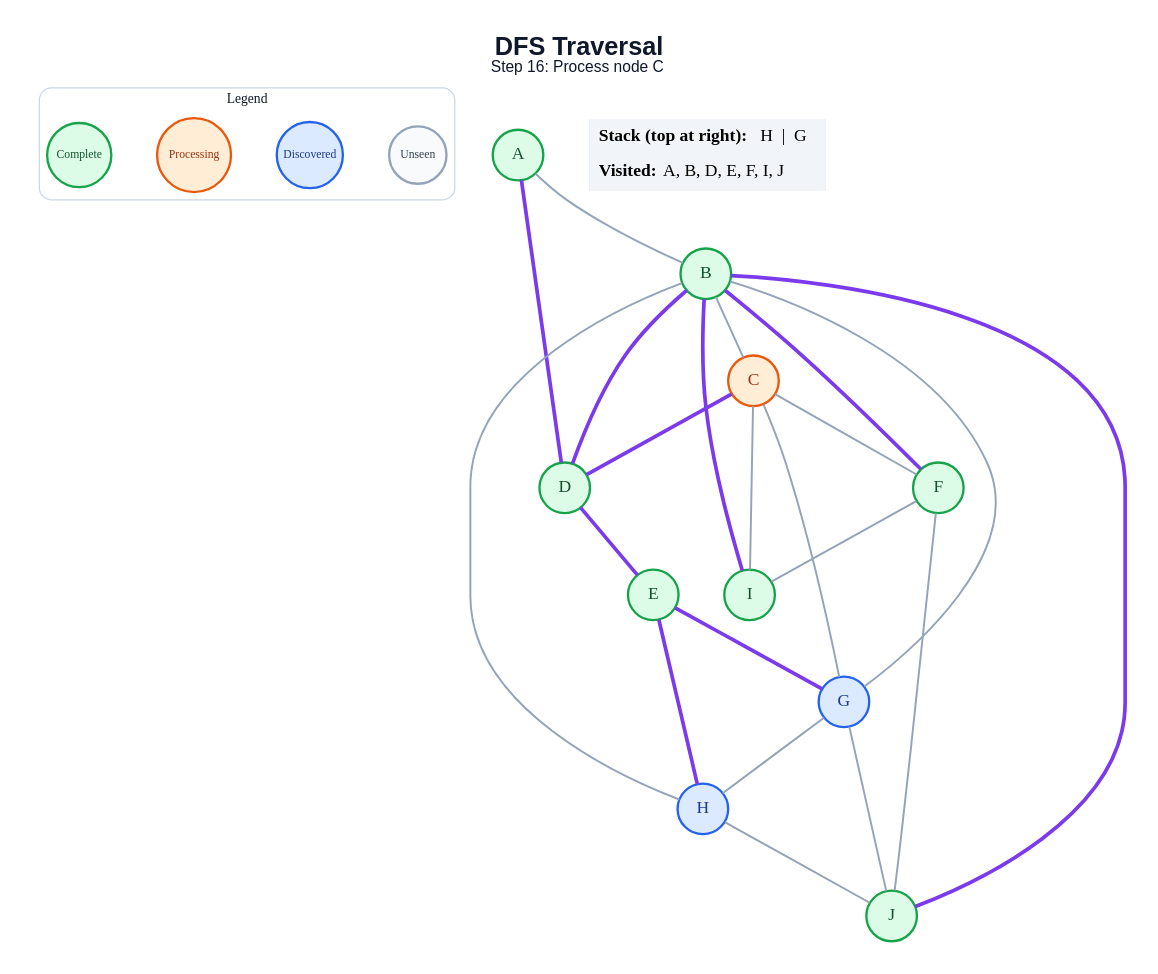
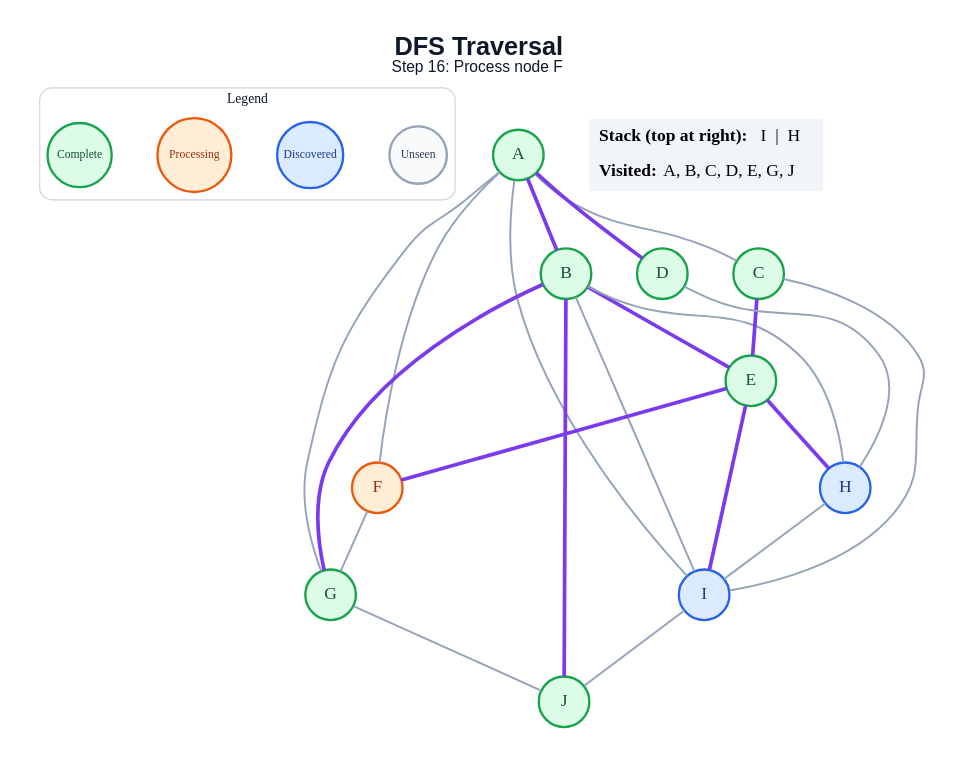
One commit to amanghodawala9/ai-slop changed the diagram in generated/specific-node/dfs/step_16.dot. Above: the diagram before and after it, drawn with Graphviz. The commit also changed 178 other files, not shown here.

```diff
--- a/generated/specific-node/dfs/step_16.dot
+++ b/generated/specific-node/dfs/step_16.dot
@@ -1,50 +1,50 @@
 graph traversal {
   graph [layout=dot, rankdir=TB, bgcolor="#FFFFFF", pad="0.35", nodesep="0.65", ranksep="0.8", fontname="Arial"];
   node [shape=circle, style="filled", fontname="Arial Bold", fontsize=18, width=0.72, fixedsize=true, penwidth=2.4];
   edge [color="#94A3B8", penwidth=2.0];
-  label=<<B>DFS Traversal</B><BR/><FONT POINT-SIZE="16">Step 16: Process node C</FONT>>; labelloc="t"; fontsize=26; fontname="Arial"; fontcolor="#0F172A";
+  label=<<B>DFS Traversal</B><BR/><FONT POINT-SIZE="16">Step 16: Process node F</FONT>>; labelloc="t"; fontsize=26; fontname="Arial"; fontcolor="#0F172A";
   subgraph cluster_legend { label="Legend"; color="#CBD5E1"; penwidth=1.2; style="rounded"; fontsize=14; fontname="Arial Bold";
     key_unseen [label="Unseen", fillcolor="#F8FAFC", color="#94A3B8", fontcolor="#334155", fontsize=12, width=0.82];
     key_frontier [label="Discovered", fillcolor="#DBEAFE", color="#2563EB", fontcolor="#1E3A8A", fontsize=12, width=0.95];
     key_current [label="Processing", fillcolor="#FFEDD5", color="#EA580C", fontcolor="#9A3412", fontsize=12, width=1.05];
     key_done [label="Complete", fillcolor="#DCFCE7", color="#16A34A", fontcolor="#14532D", fontsize=12, width=0.92];
     { rank=same; key_unseen; key_frontier; key_current; key_done; }
   }
   A [fillcolor="#DCFCE7", color="#16A34A", fontcolor="#14532D"];
   B [fillcolor="#DCFCE7", color="#16A34A", fontcolor="#14532D"];
-  C [fillcolor="#FFEDD5", color="#EA580C", fontcolor="#9A3412"];
+  C [fillcolor="#DCFCE7", color="#16A34A", fontcolor="#14532D"];
   D [fillcolor="#DCFCE7", color="#16A34A", fontcolor="#14532D"];
   E [fillcolor="#DCFCE7", color="#16A34A", fontcolor="#14532D"];
-  F [fillcolor="#DCFCE7", color="#16A34A", fontcolor="#14532D"];
-  G [fillcolor="#DBEAFE", color="#2563EB", fontcolor="#1E3A8A"];
+  F [fillcolor="#FFEDD5", color="#EA580C", fontcolor="#9A3412"];
+  G [fillcolor="#DCFCE7", color="#16A34A", fontcolor="#14532D"];
   H [fillcolor="#DBEAFE", color="#2563EB", fontcolor="#1E3A8A"];
-  I [fillcolor="#DCFCE7", color="#16A34A", fontcolor="#14532D"];
+  I [fillcolor="#DBEAFE", color="#2563EB", fontcolor="#1E3A8A"];
   J [fillcolor="#DCFCE7", color="#16A34A", fontcolor="#14532D"];
-  A -- B;
+  A -- B [color="#7C3AED", penwidth=3.8];
+  A -- C;
   A -- D [color="#7C3AED", penwidth=3.8];
-  B -- C;
-  B -- D [color="#7C3AED", penwidth=3.8];
-  B -- F [color="#7C3AED", penwidth=3.8];
-  B -- G;
+  A -- F;
+  A -- G;
+  A -- I;
+  B -- E [color="#7C3AED", penwidth=3.8];
+  B -- G [color="#7C3AED", penwidth=3.8];
   B -- H;
-  B -- I [color="#7C3AED", penwidth=3.8];
+  B -- I;
   B -- J [color="#7C3AED", penwidth=3.8];
-  C -- D [color="#7C3AED", penwidth=3.8];
-  C -- F;
-  C -- G;
+  C -- E [color="#7C3AED", penwidth=3.8];
   C -- I;
-  D -- E [color="#7C3AED", penwidth=3.8];
-  E -- G [color="#7C3AED", penwidth=3.8];
+  D -- H;
+  E -- F [color="#7C3AED", penwidth=3.8];
   E -- H [color="#7C3AED", penwidth=3.8];
-  F -- I;
-  F -- J;
-  G -- H;
+  E -- I [color="#7C3AED", penwidth=3.8];
+  F -- G;
   G -- J;
-  H -- J;
+  H -- I;
+  I -- J;
   status [shape=plain, fixedsize=false, width=0, height=0, margin=0, label=<
     <TABLE BORDER="0" CELLBORDER="0" CELLPADDING="7" BGCOLOR="#F1F5F9">
-      <TR><TD ALIGN="LEFT"><B>Stack (top at right):</B> H  |  G</TD></TR>
-      <TR><TD ALIGN="LEFT"><B>Visited:</B> A, B, D, E, F, I, J</TD></TR>
+      <TR><TD ALIGN="LEFT"><B>Stack (top at right):</B> I  |  H</TD></TR>
+      <TR><TD ALIGN="LEFT"><B>Visited:</B> A, B, C, D, E, G, J</TD></TR>
     </TABLE>
   >];
 }
```
